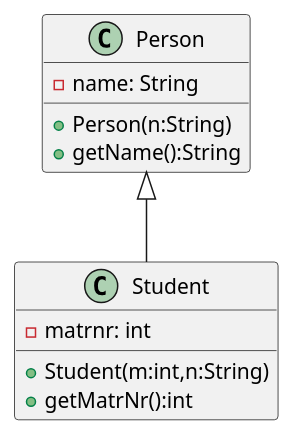
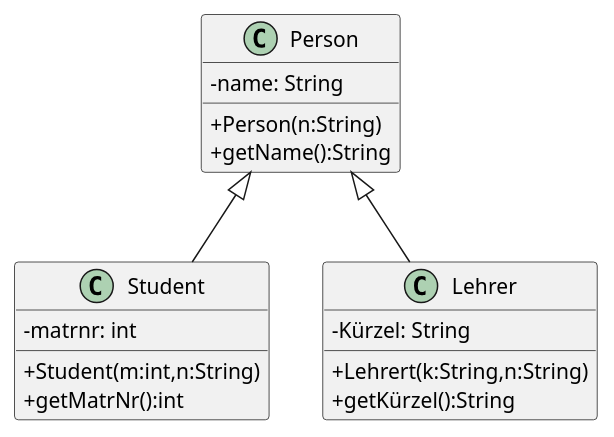
One commit to jtuttas/moodle_gitlab changed the diagram in docs/Instance.puml. Above: the diagram before and after it, drawn with PlantUML. The commit also changed 1 other file, not shown here.

```diff
--- a/docs/Instance.puml
+++ b/docs/Instance.puml
@@ -1,20 +1,30 @@
 @startuml
+skinparam classAttributeIconSize 0
 
 Person <|-- Student
+Person <|-- Lehrer
 
 class Person {
     - name: String
     
     
     + Person(n:String)
     + getName():String
 }
 
 class Student {
     - matrnr: int
 
     + Student(m:int,n:String)
     + getMatrNr():int
 }
 
+class Lehrer {
+    - Kürzel: String
+
+    + Lehrert(k:String,n:String)
+    + getKürzel():String
+}
+
+
 @enduml
```
